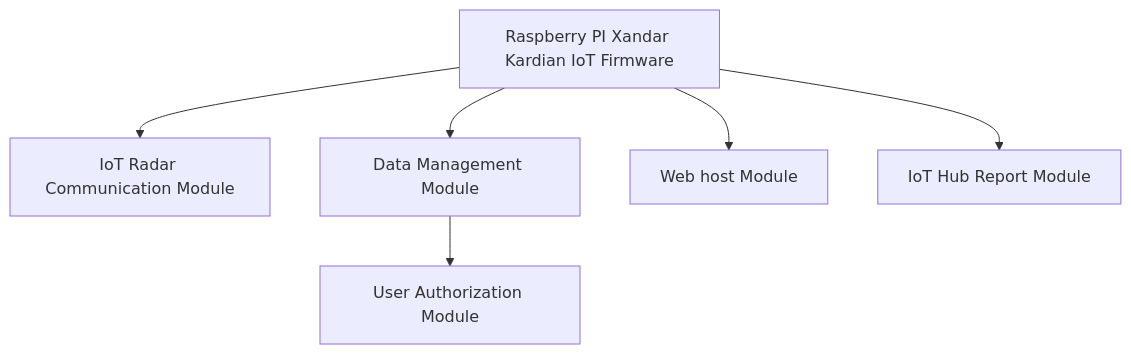
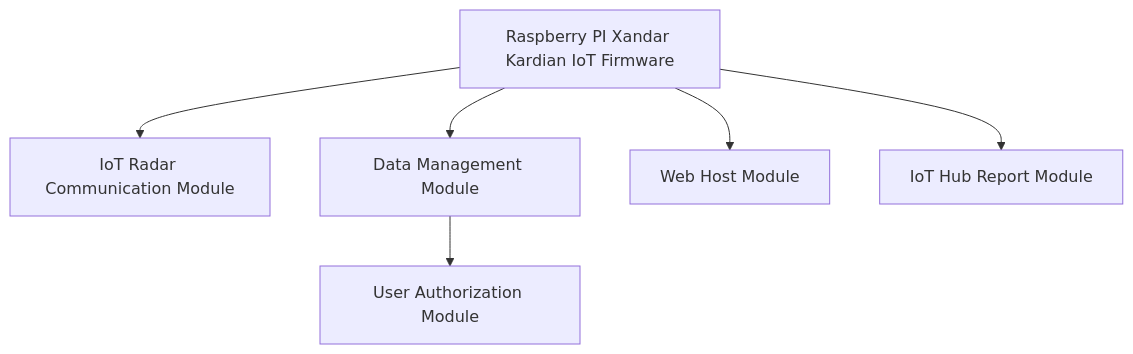
Before and after one commit to LiuYuancheng/Xandar_PPL_Sensor_IOT_Web: the first of 2 diagrams in README.md, drawn with Mermaid. The commit also changed other lines of this file, not shown here.

````diff
--- a/README.md
+++ b/README.md
@@ -40,12 +42,12 @@
 ```mermaid
 flowchart TD
 A[Raspberry PI Xandar Kardian IoT Firmware] --> B
 A[Raspberry PI Xandar Kardian IoT Firmware] --> C
 A[Raspberry PI Xandar Kardian IoT Firmware] --> E
 A[Raspberry PI Xandar Kardian IoT Firmware] --> F
 B[IoT Radar Communication Module]
 C[Data Management Module]-->D
 D[User Authorization Module]
-E[Web host Module]
+E[Web Host Module]
 F[IoT Hub Report Module]
 ```
````
